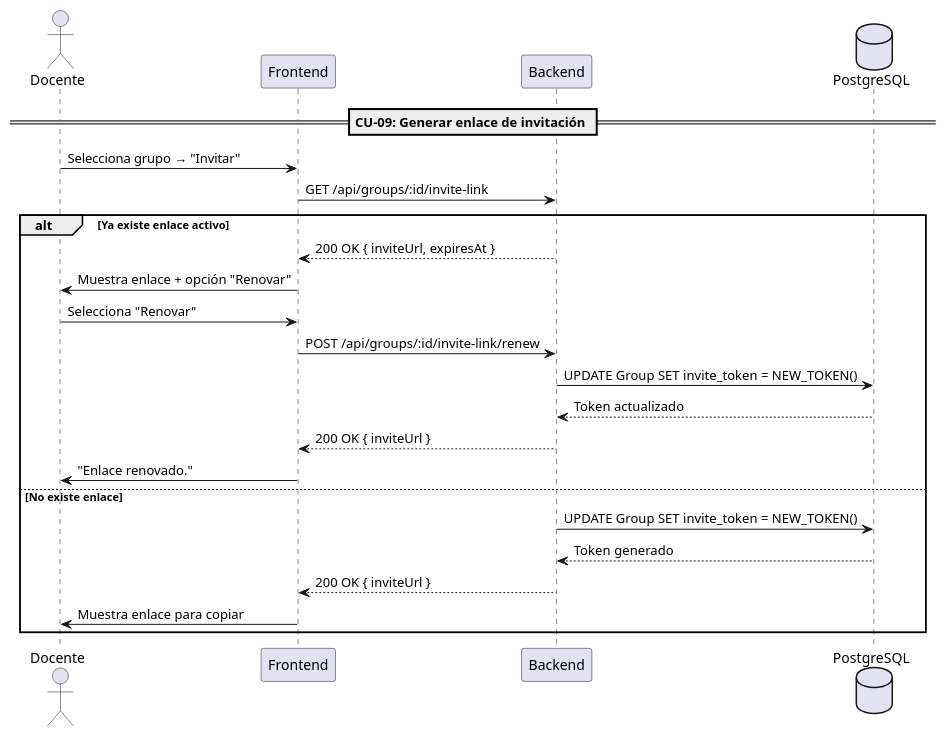
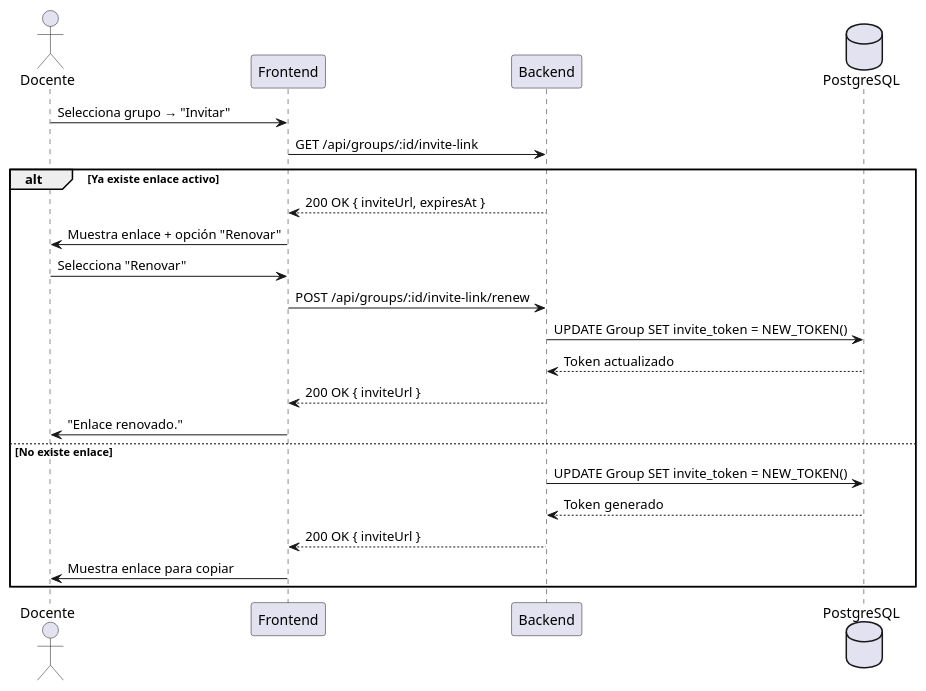
Diagram 18 of 52 in docs/annexes/cu-especificacion.md (LinuxLab-UFPS/LinuxLab), drawn with PlantUML before and after one commit. The commit also changed other lines of this file and 1 other file, not shown here.

````diff
--- a/docs/annexes/cu-especificacion.md
+++ b/docs/annexes/cu-especificacion.md
@@ -648,32 +821,30 @@
 ```plantuml
 @startuml
 actor Docente as D
 participant "Frontend" as FE
 participant "Backend" as BE
 database "PostgreSQL" as DB
-
-== CU-09: Generar enlace de invitación ==
 
 D -> FE : Selecciona grupo → "Invitar"
 FE -> BE : GET /api/groups/:id/invite-link
 
 alt Ya existe enlace activo
   BE --> FE : 200 OK { inviteUrl, expiresAt }
   FE -> D : Muestra enlace + opción "Renovar"
 
   D -> FE : Selecciona "Renovar"
   FE -> BE : POST /api/groups/:id/invite-link/renew
   BE -> DB : UPDATE Group SET invite_token = NEW_TOKEN()
   DB --> BE : Token actualizado
   BE --> FE : 200 OK { inviteUrl }
   FE -> D : "Enlace renovado."
 
 else No existe enlace
   BE -> DB : UPDATE Group SET invite_token = NEW_TOKEN()
   DB --> BE : Token generado
   BE --> FE : 200 OK { inviteUrl }
   FE -> D : Muestra enlace para copiar
 end
 
 @enduml
 ```
````
